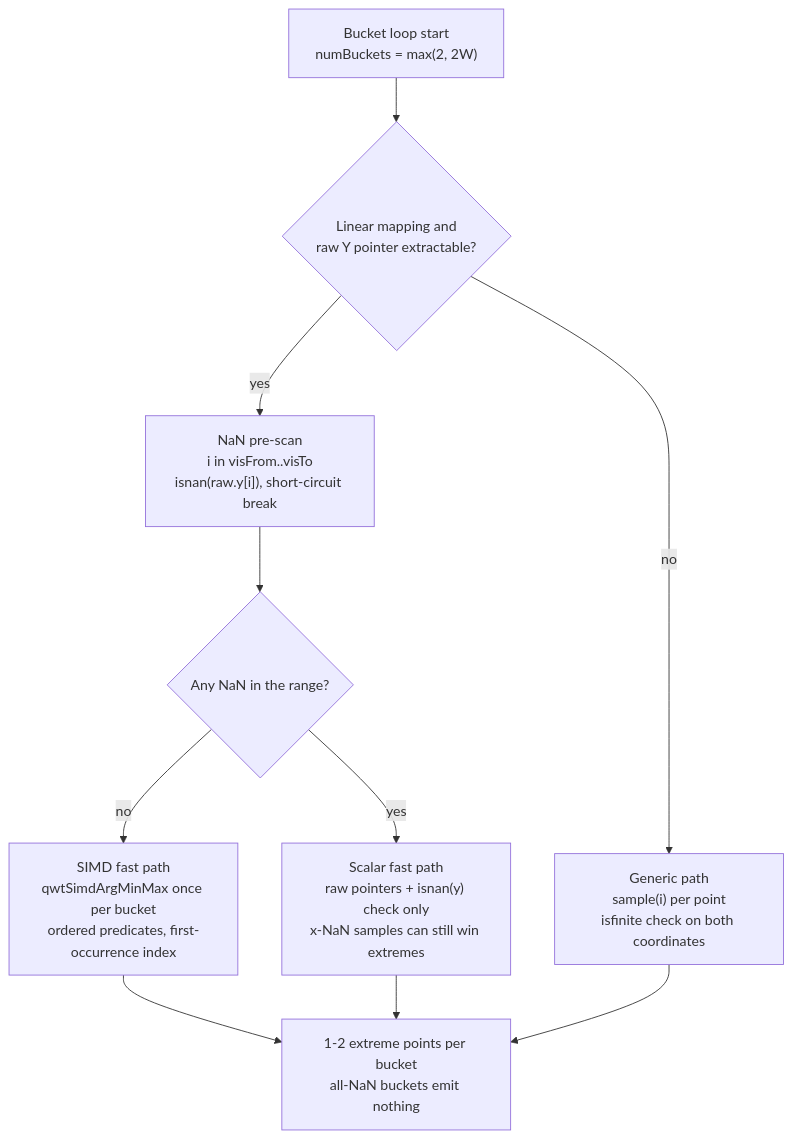
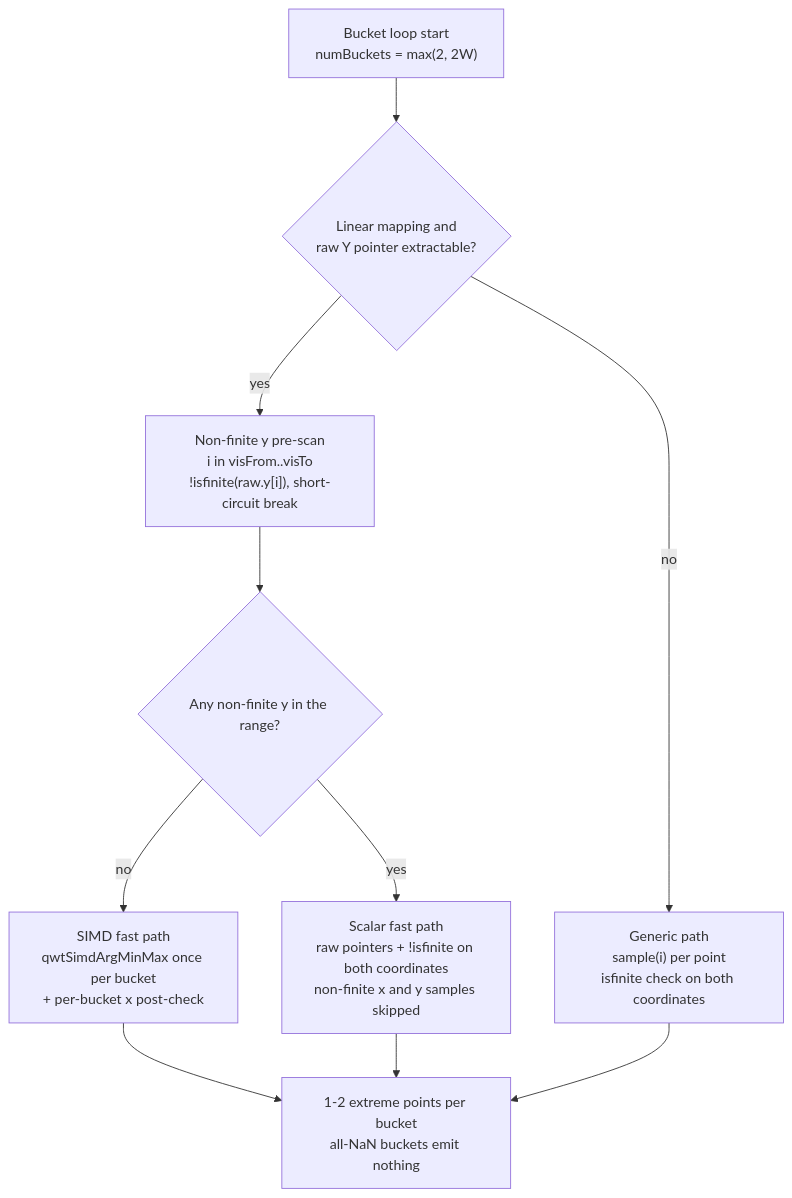
One commit to czyt1988/QWT changed the first of 2 diagrams in docs/tech-report/nan-rendering.md. Above: the diagram before and after it, drawn with Mermaid. The commit also changed other lines of this file and 1 other file, not shown here.

````diff
--- a/docs/tech-report/nan-rendering.md
+++ b/docs/tech-report/nan-rendering.md
@@ -83,12 +84,12 @@
 ```mermaid
 flowchart TD
     A["Bucket loop start<br/>numBuckets = max(2, 2W)"] --> B{"Linear mapping and<br/>raw Y pointer extractable?"}
     B -->|"no"| C["Generic path<br/>sample(i) per point<br/>isfinite check on both coordinates"]
-    B -->|"yes"| D["NaN pre-scan<br/>i in visFrom..visTo<br/>isnan(raw.y[i]), short-circuit break"]
-    D --> E{"Any NaN in the range?"}
-    E -->|"no"| F["SIMD fast path<br/>qwtSimdArgMinMax once per bucket<br/>ordered predicates, first-occurrence index"]
-    E -->|"yes"| G["Scalar fast path<br/>raw pointers + isnan(y) check only<br/>x-NaN samples can still win extremes"]
+    B -->|"yes"| D["Non-finite y pre-scan<br/>i in visFrom..visTo<br/>!isfinite(raw.y[i]), short-circuit break"]
+    D --> E{"Any non-finite y in the range?"}
+    E -->|"no"| F["SIMD fast path<br/>qwtSimdArgMinMax once per bucket<br/>+ per-bucket x post-check"]
+    E -->|"yes"| G["Scalar fast path<br/>raw pointers + !isfinite on both coordinates<br/>non-finite x and y samples skipped"]
     F --> H["1-2 extreme points per bucket<br/>all-NaN buckets emit nothing"]
     G --> H
     C --> H
 ```
````
